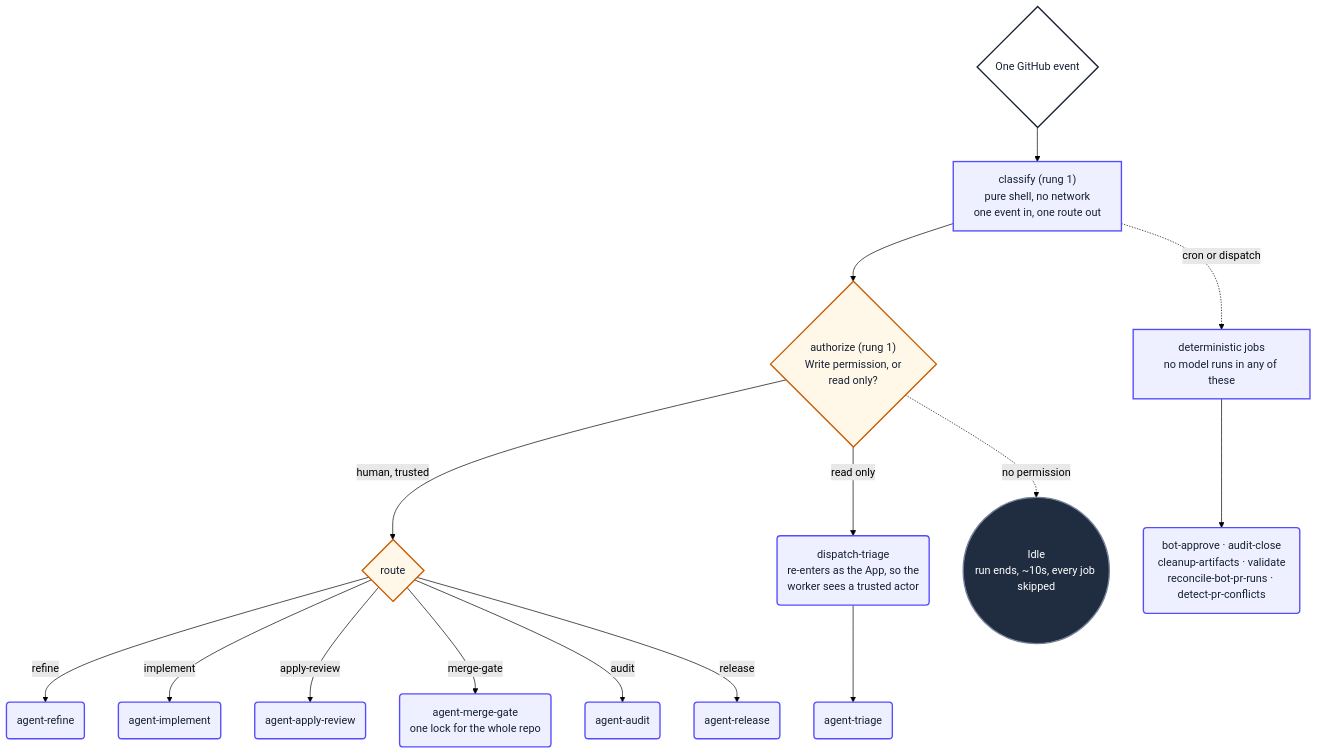
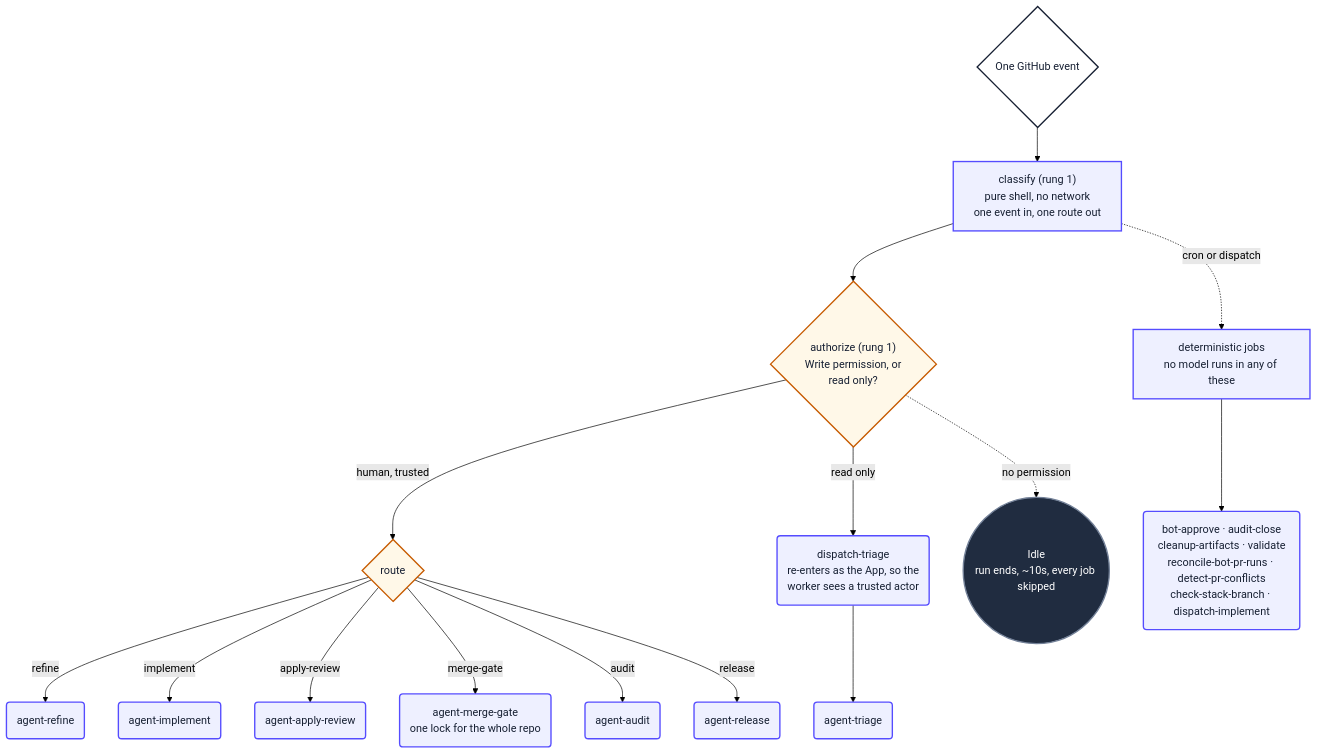
One commit to PlainConceptsPlatform/agentic-workflows changed the first of 14 diagrams in loops/docs/diagrams.md. Above: the diagram before and after it, drawn with Mermaid (forest theme). The commit also changed other lines of this file and 23 other files, not shown here.

````diff
--- a/loops/docs/diagrams.md
+++ b/loops/docs/diagrams.md
@@ -36,36 +36,36 @@
 ```mermaid
 flowchart TD
     ev{"One GitHub event"} --> classify
     classify["classify (rung 1)<br/>pure shell, no network<br/>one event in, one route out"] --> authorize
     authorize{"authorize (rung 1)<br/>Write permission, or<br/>read only?"}
     authorize -->|"human, trusted"| work
     authorize -->|"read only"| triageOnly
     authorize -.->|"no permission"| idle
     work{"route"} -->|refine| wRefine
     work -->|implement| wImpl
     work -->|apply-review| wReview
     work -->|merge-gate| wGate
     work -->|audit| wAudit
     work -->|release| wRelease
     triageOnly("dispatch-triage<br/>re-enters as the App, so the<br/>worker sees a trusted actor") --> wTriage
     wRefine("agent-refine")
     wImpl("agent-implement")
     wReview("agent-apply-review")
     wGate("agent-merge-gate<br/>one lock for the whole repo")
     wAudit("agent-audit")
     wRelease("agent-release")
     wTriage("agent-triage")
     classify -.->|"cron or dispatch"| plumbing
     plumbing["deterministic jobs<br/>no model runs in any of these"] --> pJobs
-    pJobs("bot-approve · audit-close<br/>cleanup-artifacts · validate<br/>reconcile-bot-pr-runs · detect-pr-conflicts")
+    pJobs("bot-approve · audit-close<br/>cleanup-artifacts · validate<br/>reconcile-bot-pr-runs · detect-pr-conflicts<br/>check-stack-branch · dispatch-implement")
     idle(("Idle<br/>run ends, ~10s, every job skipped"))
 
     classDef start fill:#ffffff,stroke:#172033,stroke-width:2px,color:#172033
     classDef action fill:#eef0ff,stroke:#554cff,stroke-width:2px,color:#172033
     classDef decision fill:#fff8e8,stroke:#c75b00,stroke-width:2px,color:#172033
     classDef idle fill:#202c40,stroke:#738198,stroke-width:2px,color:#ffffff
     class ev start
     class classify,triageOnly,plumbing,pJobs,wRefine,wImpl,wReview,wGate,wAudit,wRelease,wTriage action
     class authorize,work decision
     class idle idle
 ```
````
